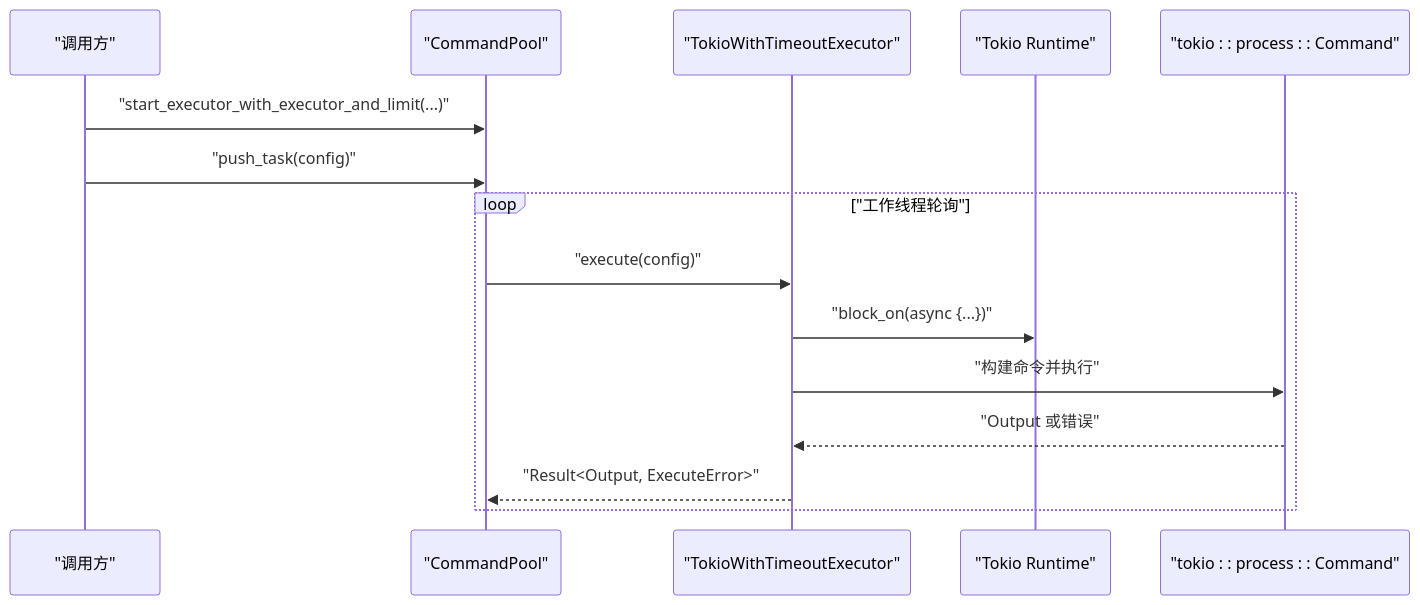
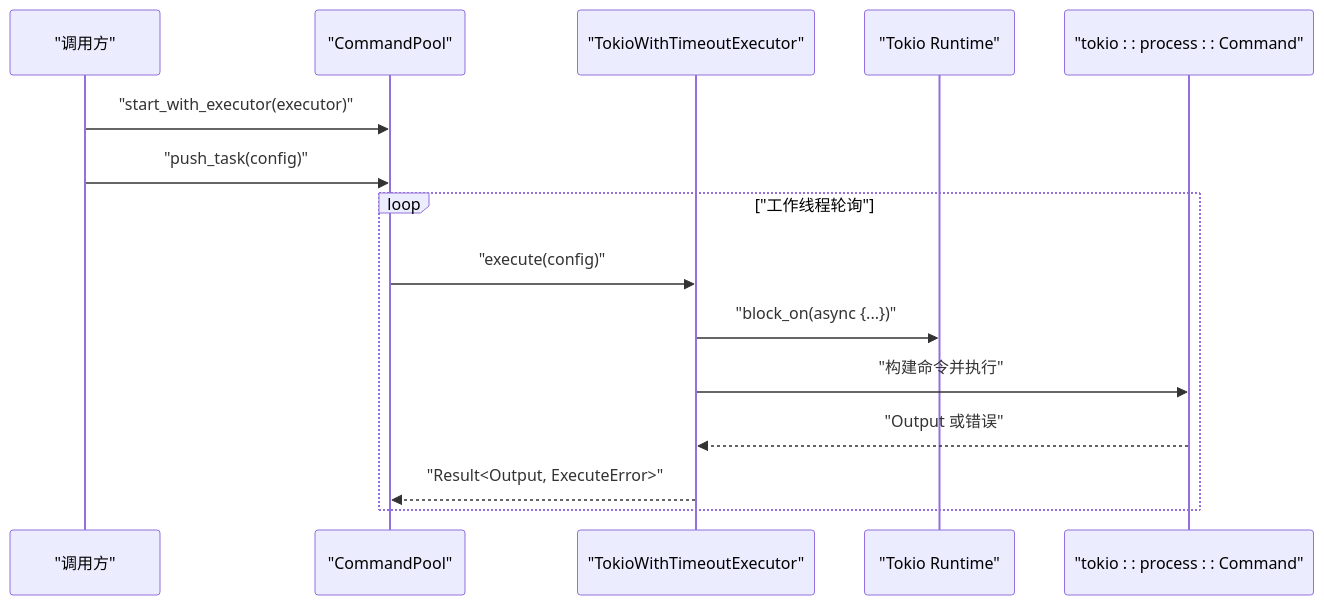
The fifth of 6 diagrams in .qoder/repowiki/zh/content/执行器系统/自定义执行器开发.md (xcry2006/execute), drawn with Mermaid before and after one commit. The commit also changed other lines of this file and 6 other files, not shown here.

````diff
--- a/.qoder/repowiki/zh/content/执行器系统/自定义执行器开发.md
+++ b/.qoder/repowiki/zh/content/执行器系统/自定义执行器开发.md
@@ -270,17 +216,17 @@
 ```mermaid
 sequenceDiagram
 participant Client as "调用方"
 participant Pool as "CommandPool"
 participant Exec as "TokioWithTimeoutExecutor"
 participant RT as "Tokio Runtime"
 participant Cmd as "tokio : : process : : Command"
-Client->>Pool : "start_executor_with_executor_and_limit(...)"
+Client->>Pool : "start_with_executor(executor)"
 Client->>Pool : "push_task(config)"
 loop "工作线程轮询"
 Pool->>Exec : "execute(config)"
 Exec->>RT : "block_on(async {...})"
 Exec->>Cmd : "构建命令并执行"
 Cmd-->>Exec : "Output 或错误"
 Exec-->>Pool : "Result<Output, ExecuteError>"
 end
 ```
````
